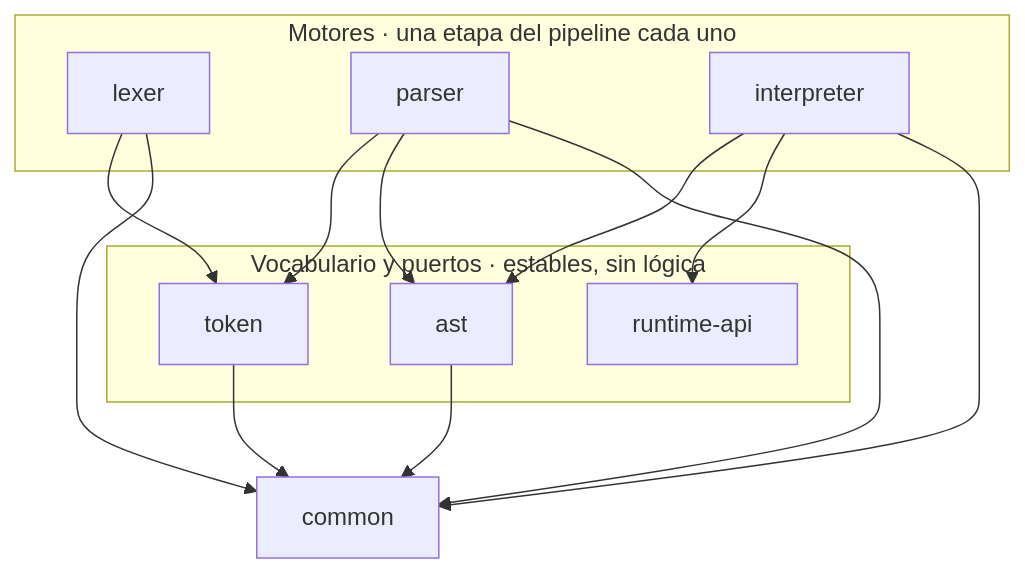
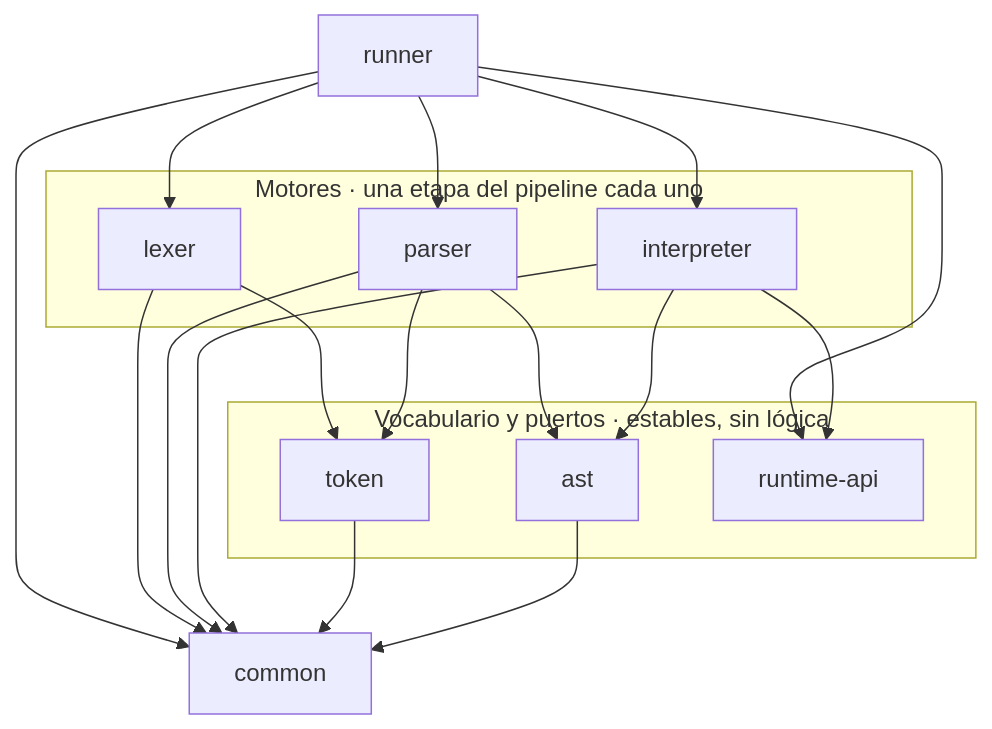
One commit to MartinaCousido/PrintScript changed the first of 3 diagrams in docs/arquitectura.md. Above: the diagram before and after it, drawn with Mermaid. The commit also changed other lines of this file, not shown here.

````diff
--- a/docs/arquitectura.md
+++ b/docs/arquitectura.md
@@ -13,27 +13,35 @@
 ```mermaid
 flowchart TD
+    runner["runner"]
+
     subgraph motores["Motores · una etapa del pipeline cada uno"]
         lexer["lexer"]
         parser["parser"]
         interpreter["interpreter"]
     end
 
     subgraph vocabulario["Vocabulario y puertos · estables, sin lógica"]
         token["token"]
         ast["ast"]
         runtimeapi["runtime-api"]
     end
 
     common["common"]
 
+    runner --> lexer
+    runner --> parser
+    runner --> interpreter
+    runner --> runtimeapi
+    runner --> common
+
     lexer --> token
     lexer --> common
     parser --> token
     parser --> ast
     parser --> common
     interpreter --> ast
     interpreter --> runtimeapi
     interpreter --> common
     token --> common
     ast --> common
 ```
````
